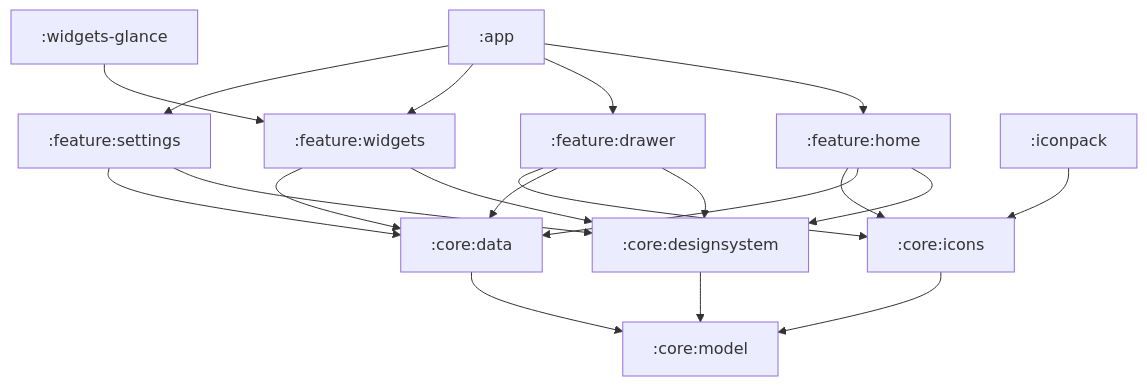
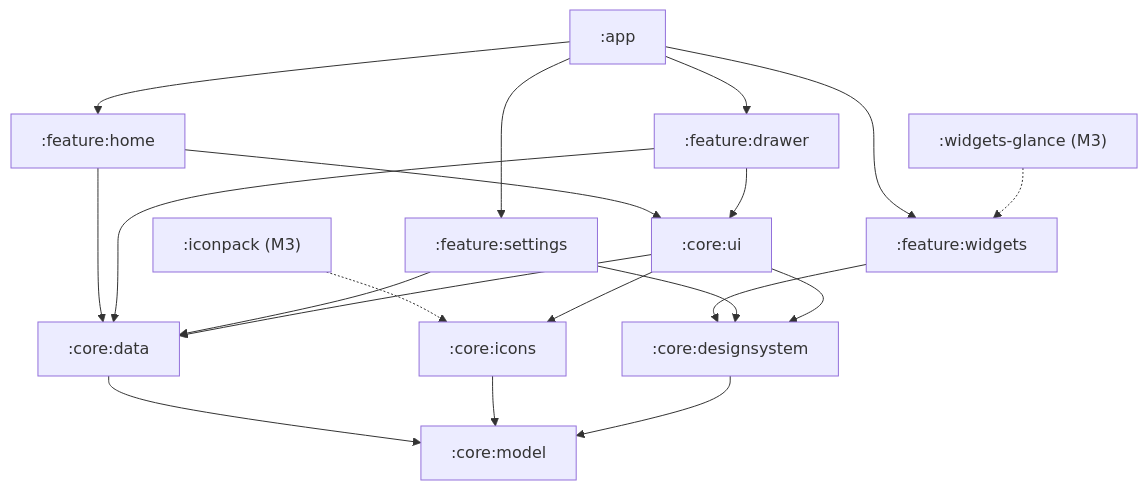
The diagram in docs/architecture.md (Platinum-Saber/Saber-Theme), drawn with Mermaid before and after one commit. The commit also changed other lines of this file and 4 other files, not shown here.

First line of the commit message:
Wrap up M2: architecture doc, manifest rules, M3 handoff

````diff
--- a/docs/architecture.md
+++ b/docs/architecture.md
@@ -18,22 +18,22 @@
 ```mermaid
 graph TD
   app[":app"] --> home[":feature:home"]
   app --> drawer[":feature:drawer"]
   app --> widgets[":feature:widgets"]
   app --> settings[":feature:settings"]
-  glance[":widgets-glance"] --> widgets
-  iconpack[":iconpack"] --> icons[":core:icons"]
-  home --> ds[":core:designsystem"]
+  glance[":widgets-glance (M3)"] -.-> widgets
+  iconpack[":iconpack (M3)"] -.-> icons[":core:icons"]
+  home --> ui[":core:ui"]
+  drawer --> ui
   home --> data[":core:data"]
-  home --> icons
-  drawer --> ds
   drawer --> data
-  drawer --> icons
-  widgets --> ds
-  widgets --> data
+  settings --> data
+  widgets --> ds[":core:designsystem"]
   settings --> ds
-  settings --> data
+  ui --> ds
+  ui --> data
+  ui --> icons
   data --> model[":core:model"]
   icons --> model
   ds --> model
 ```
````
